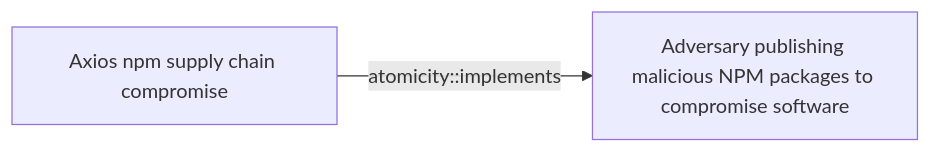
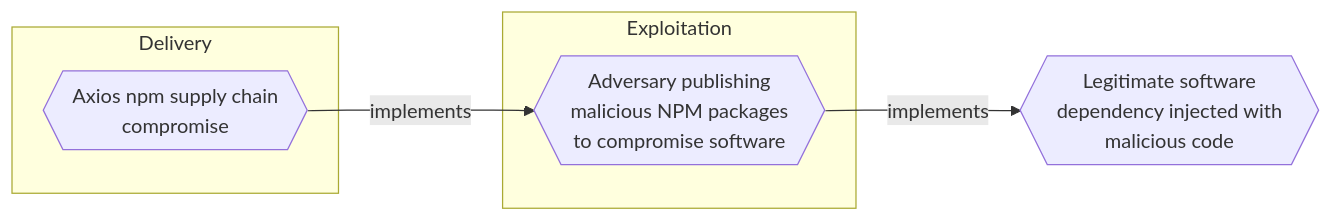
One commit to opentidehq/library changed the first of 2 diagrams in docs/threats/axios-npm-supply-chain-compromise.md. Above: the diagram before and after it, drawn with Mermaid. The commit also changed other lines of this file and 540 other files, not shown here.

````diff
--- a/docs/threats/axios-npm-supply-chain-compromise.md
+++ b/docs/threats/axios-npm-supply-chain-compromise.md
@@ -343,6 +358,12 @@
 ```mermaid
 flowchart LR
-000790d9_06de_49af_893d_e4993abe6e38["Axios npm supply chain compromise"]
-d24f2b4a_80fc_4ee7_9293_3f6e9e3bbbe4["Adversary publishing malicious NPM packages to compromise software"]
-000790d9_06de_49af_893d_e4993abe6e38 -->|atomicity::implements| d24f2b4a_80fc_4ee7_9293_3f6e9e3bbbe4
+subgraph "Delivery"
+000790d9_06de_49af_893d_e4993abe6e38{{"Axios npm supply chain<br>compromise"}}
+end
+subgraph "Exploitation"
+d24f2b4a_80fc_4ee7_9293_3f6e9e3bbbe4{{"Adversary publishing<br>malicious NPM packages<br>to compromise software"}}
+end
+b6887f4b_eeae_462c_a2ac_7454efb5eabc{{"Legitimate software<br>dependency injected with<br>malicious code"}}
+000790d9_06de_49af_893d_e4993abe6e38 -->|implements| d24f2b4a_80fc_4ee7_9293_3f6e9e3bbbe4
+d24f2b4a_80fc_4ee7_9293_3f6e9e3bbbe4 -->|implements| b6887f4b_eeae_462c_a2ac_7454efb5eabc
 ```
````
